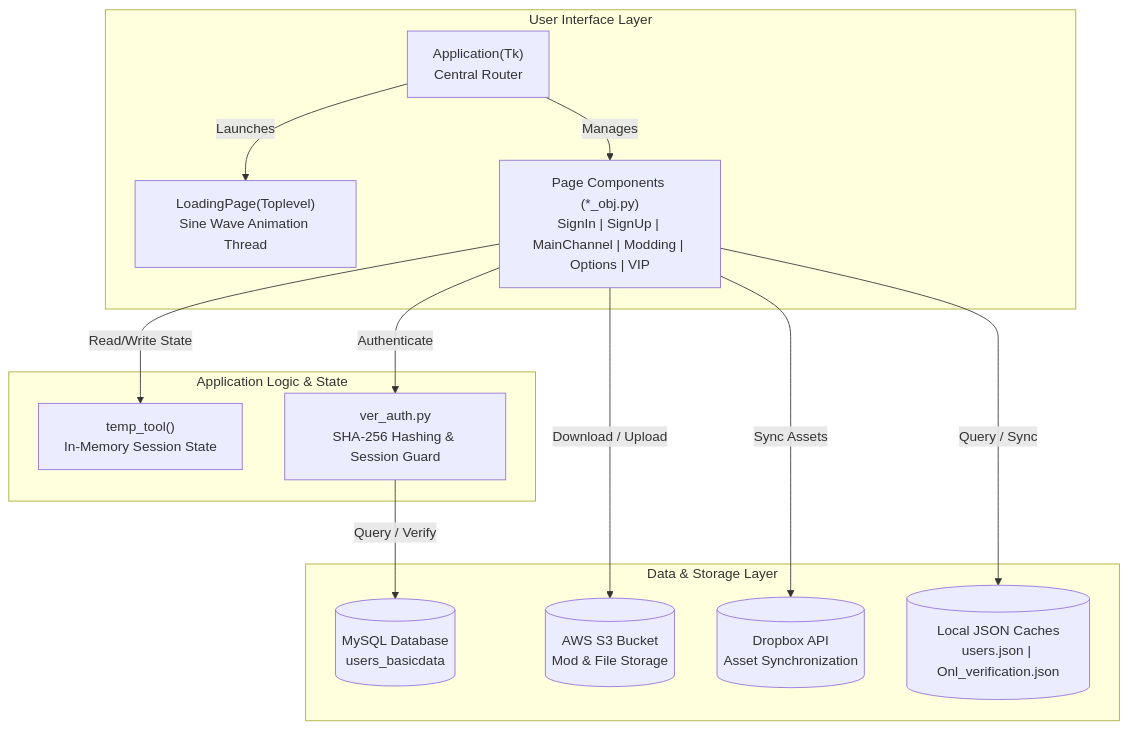
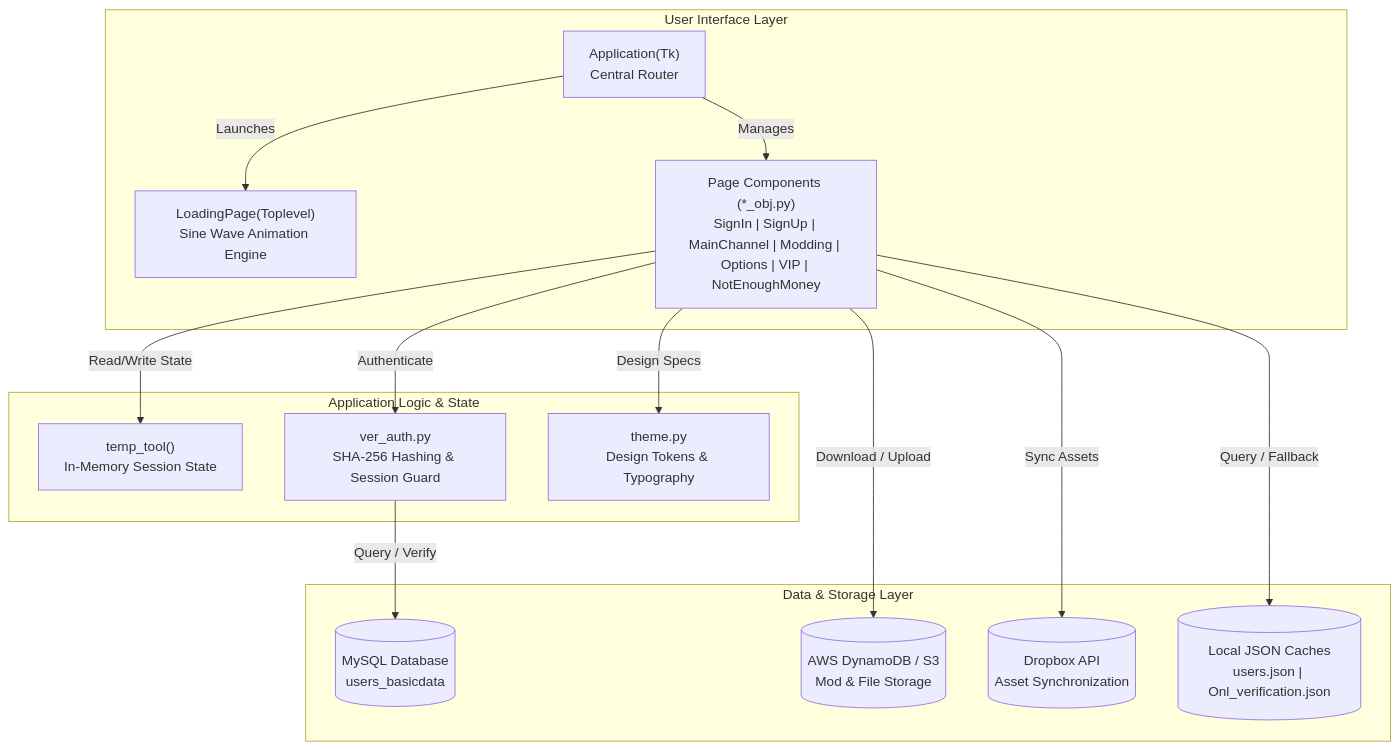
Before and after one commit to TheZen46/vlib-desktop-client: the diagram in README.md, drawn with Mermaid. The commit also changed other lines of this file, not shown here.

Commit message:
docs(readme): update README.md with comprehensive 2024 features and architecture diagram

````diff
--- a/README.md
+++ b/README.md
@@ -31,29 +37,31 @@
 ```mermaid
 graph TD
     subgraph UI ["User Interface Layer"]
         App["Application(Tk)<br/>Central Router"]
-        LP["LoadingPage(Toplevel)<br/>Sine Wave Animation Thread"]
-        Views["Page Components (*_obj.py)<br/>SignIn | SignUp | MainChannel | Modding | Options | VIP"]
+        LP["LoadingPage(Toplevel)<br/>Sine Wave Animation Engine"]
+        Views["Page Components (*_obj.py)<br/>SignIn | SignUp | MainChannel | Modding | Options | VIP | NotEnoughMoney"]
     end
 
     subgraph Core ["Application Logic & State"]
         TempTool["temp_tool()<br/>In-Memory Session State"]
         Auth["ver_auth.py<br/>SHA-256 Hashing & Session Guard"]
+        Theme["theme.py<br/>Design Tokens & Typography"]
     end
 
     subgraph Data ["Data & Storage Layer"]
         MySQL[("MySQL Database<br/>users_basicdata")]
-        AWS[("AWS S3 Bucket<br/>Mod & File Storage")]
+        AWS[("AWS DynamoDB / S3<br/>Mod & File Storage")]
         Dropbox[("Dropbox API<br/>Asset Synchronization")]
         LocalStore[("Local JSON Caches<br/>users.json | Onl_verification.json")]
     end
 
     App -->|Manages| Views
     App -->|Launches| LP
     Views -->|Read/Write State| TempTool
     Views -->|Authenticate| Auth
+    Views -->|Design Specs| Theme
     Auth -->|Query / Verify| MySQL
-    Views -->|Query / Sync| LocalStore
+    Views -->|Query / Fallback| LocalStore
     Views -->|Download / Upload| AWS
     Views -->|Sync Assets| Dropbox
 ```
````
